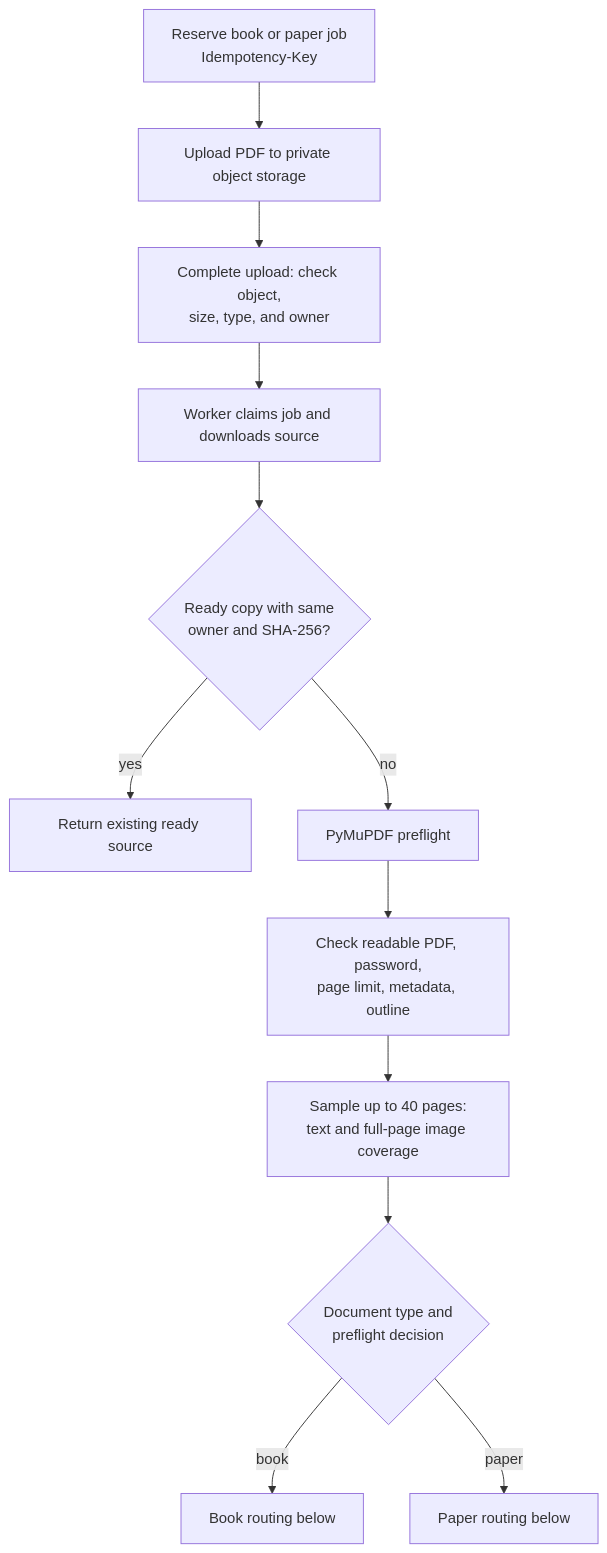
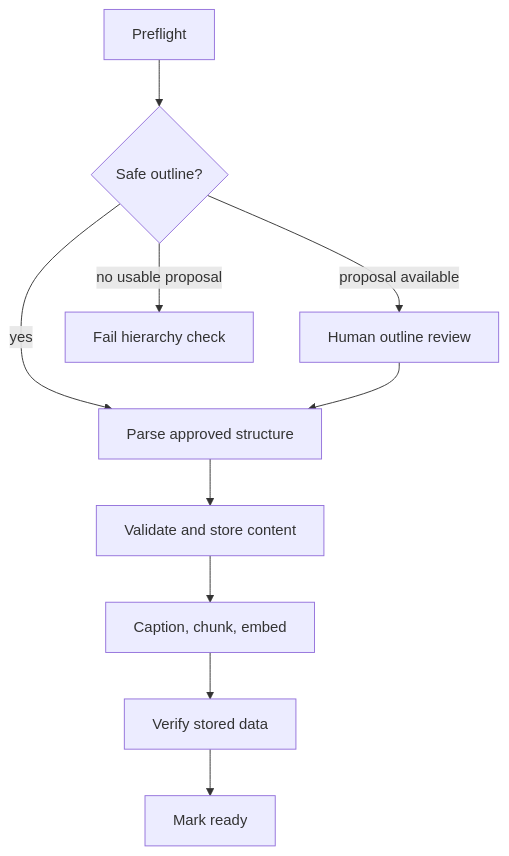
One commit to rabhishek100/agentic_study_partner changed the second of 7 diagrams in docs/ingestion.md. Above: the diagram before and after it, drawn with Mermaid. The commit also changed other lines of this file and 9 other files, not shown here.

Commit message:
Consolidate concise feature and architecture documentation

````diff
--- a/docs/ingestion.md
+++ b/docs/ingestion.md
@@ -10,14 +29,12 @@
 ```mermaid
 flowchart TD
-    A[Reserve book or paper job<br/>Idempotency-Key] --> B[Upload PDF to private object storage]
-    B --> C[Complete upload: check object,<br/>size, type, and owner]
-    C --> D[Worker claims job and downloads source]
-    D --> E{Ready copy with same<br/>owner and SHA-256?}
-    E -->|yes| Z[Return existing ready source]
-    E -->|no| F[PyMuPDF preflight]
-    F --> G[Check readable PDF, password,<br/>page limit, metadata, outline]
-    G --> H[Sample up to 40 pages:<br/>text and full-page image coverage]
-    H --> I{Document type and<br/>preflight decision}
-    I -->|book| J[Book routing below]
-    I -->|paper| K[Paper routing below]
+    P[Preflight] --> O{Safe outline?}
+    O -->|yes| E[Parse approved structure]
+    O -->|proposal available| H[Human outline review]
+    H --> E
+    O -->|no usable proposal| X[Fail hierarchy check]
+    E --> C[Validate and store content]
+    C --> D[Caption, chunk, embed]
+    D --> V[Verify stored data]
+    V --> R[Mark ready]
 ```
````
